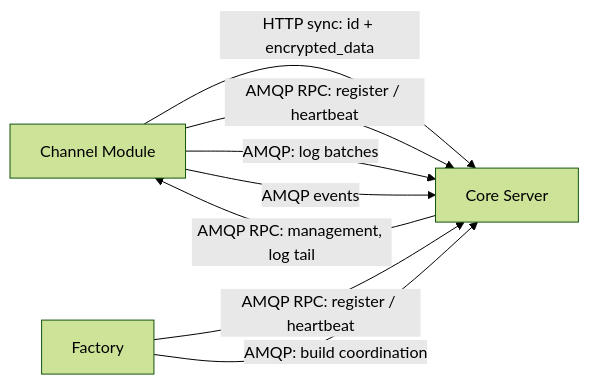
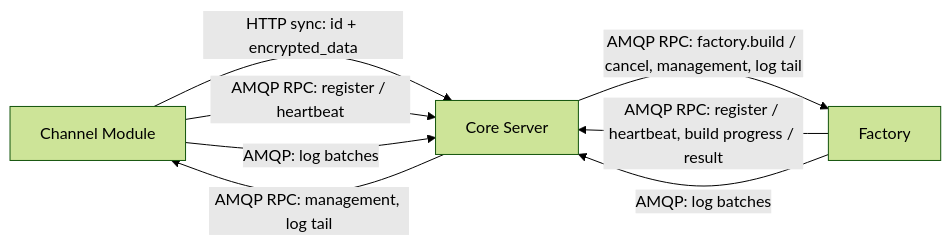
The diagram in src/content/docs/contracts/overview.md (LogosCore/logos-docs), drawn with Mermaid (forest theme) before and after one commit. The commit also changed other lines of this file and 3 other files, not shown here.

````diff
--- a/src/content/docs/contracts/overview.md
+++ b/src/content/docs/contracts/overview.md
@@ -46,14 +52,14 @@
 ```mermaid
 graph LR
     CH[Channel Module]
     CS[Core Server]
     IP[Factory]
 
     CH -- "HTTP sync: id + encrypted_data" --> CS
     CH -- "AMQP RPC: register / heartbeat" --> CS
     CS -- "AMQP RPC: management, log tail" --> CH
     CH -- "AMQP: log batches" --> CS
-    CH -- "AMQP events" --> CS
-    IP -- "AMQP RPC: register / heartbeat" --> CS
-    IP -- "AMQP: build coordination" --> CS
+    IP -- "AMQP RPC: register / heartbeat, build progress / result" --> CS
+    CS -- "AMQP RPC: factory.build / cancel, management, log tail" --> IP
+    IP -- "AMQP: log batches" --> CS
 ```
````
